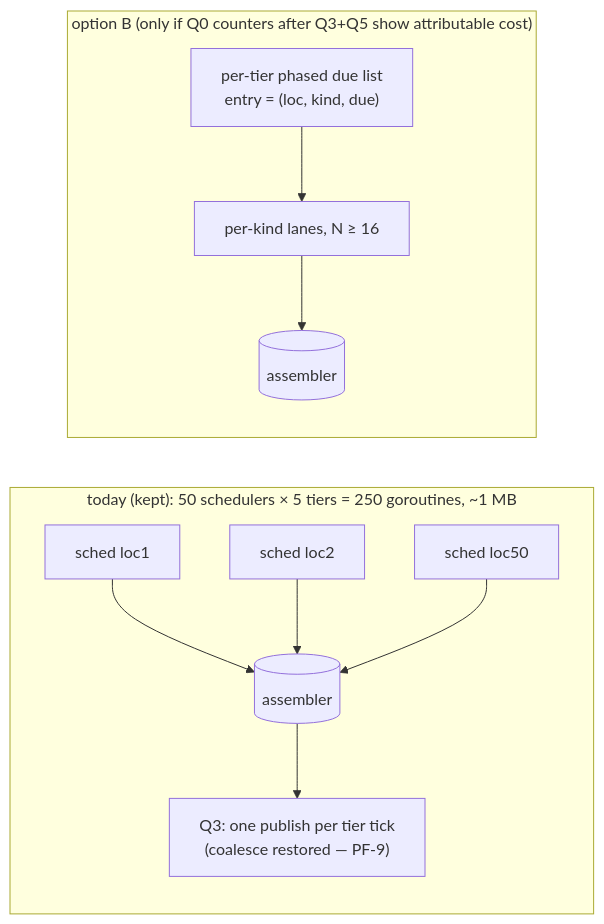
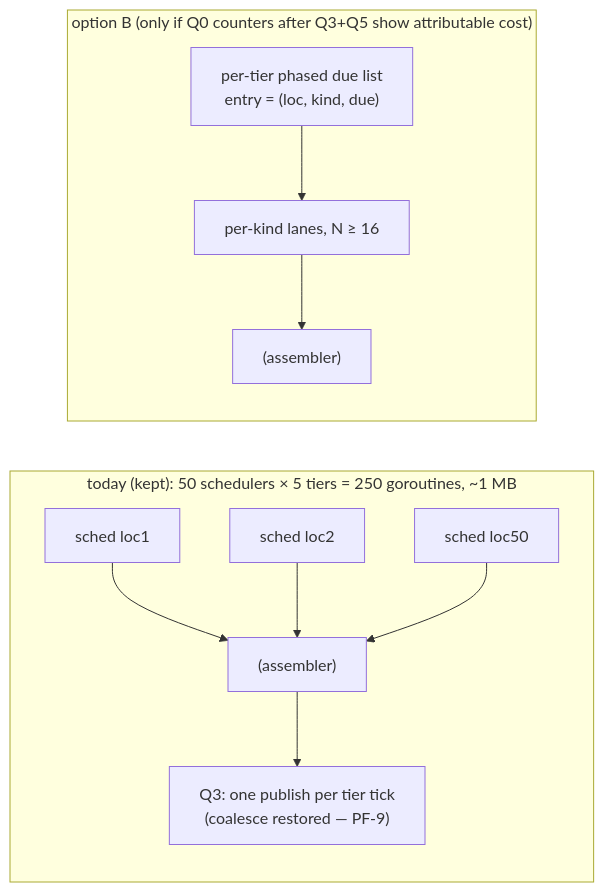
Before and after one commit to branden-thompson/watchpost: the fourth of 5 diagrams in 06_docs/02_features/watchpost-performance-quality-pass/03-architecture-design/quality-pass-plan.md, drawn with Mermaid. The commit also changed other lines of this file and 59 other files, not shown here.

````diff
--- a/06_docs/02_features/watchpost-performance-quality-pass/03-architecture-design/quality-pass-plan.md
+++ b/06_docs/02_features/watchpost-performance-quality-pass/03-architecture-design/quality-pass-plan.md
@@ -223,13 +223,13 @@
 ```mermaid
 flowchart LR
   subgraph today["today (kept): 50 schedulers × 5 tiers = 250 goroutines, ~1 MB"]
-    S1[sched loc1] --> A[(assembler)]
+    S1[sched loc1] --> A["(assembler)"]
     S2[sched loc2] --> A
     S50[sched loc50] --> A
     A --> P["Q3: one publish per tier tick<br/>(coalesce restored — PF-9)"]
   end
   subgraph optionB["option B (only if Q0 counters after Q3+Q5 show attributable cost)"]
     Heap["per-tier phased due list<br/>entry = (loc, kind, due)"] --> W["per-kind lanes, N ≥ 16"]
-    W --> A2[(assembler)]
+    W --> A2["(assembler)"]
   end
 ```
````
